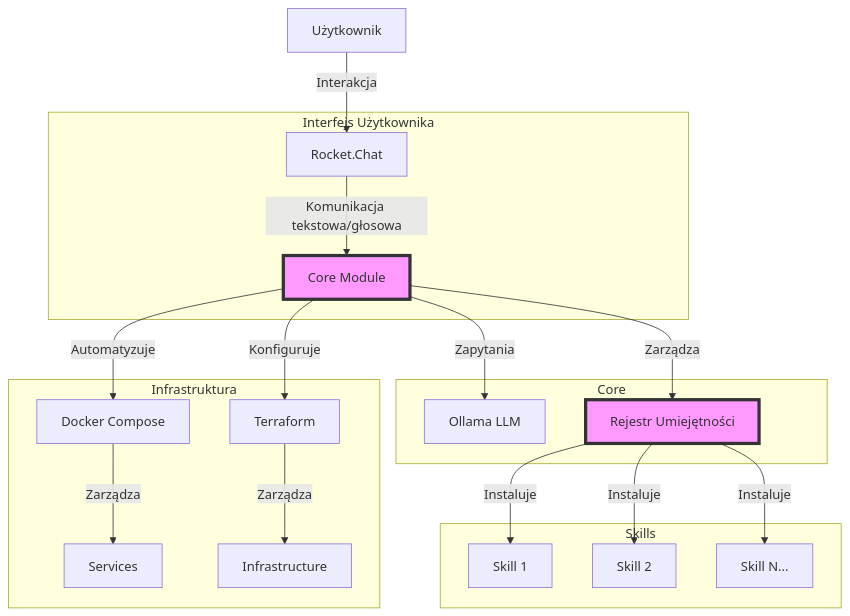
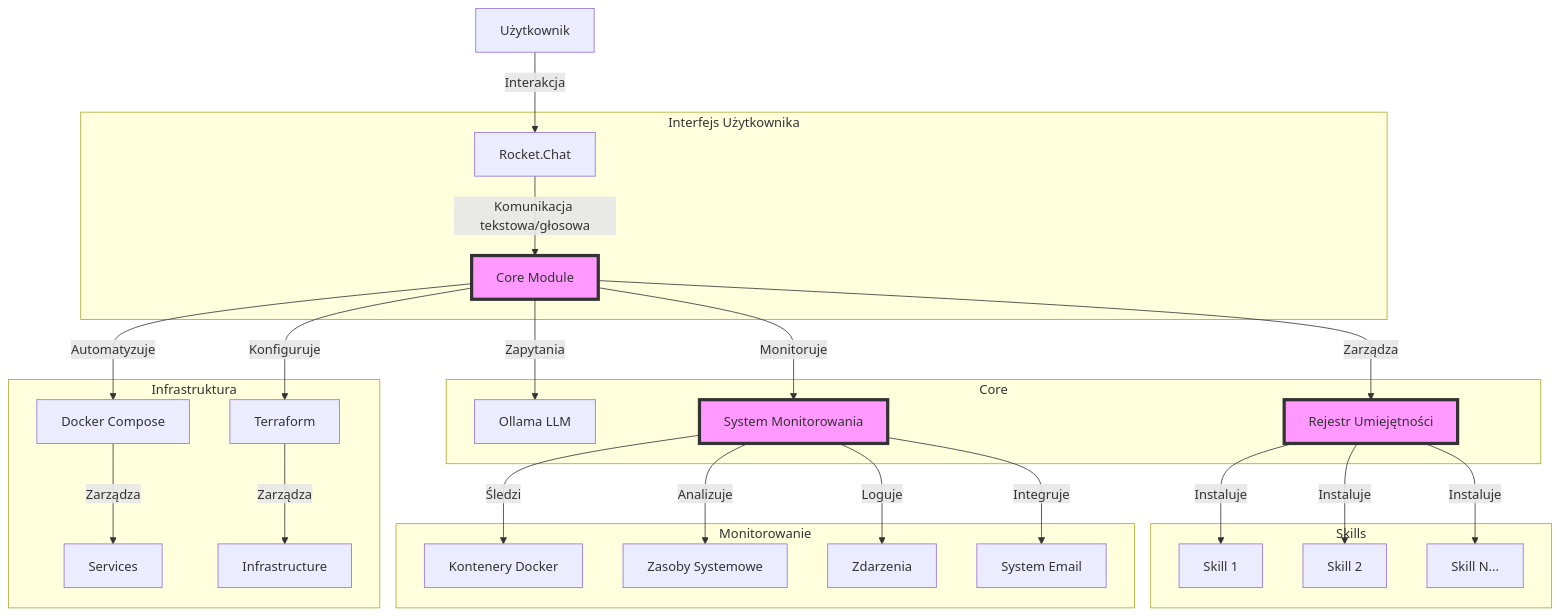
Before and after one commit to tom-sapletta-com/autodev: the first of 4 diagrams in documentation.md, drawn with Mermaid. The commit also changed other lines of this file and 4 other files, not shown here.

````diff
--- a/documentation.md
+++ b/documentation.md
@@ -10,25 +10,32 @@
 ```mermaid
 graph TD
     User[Użytkownik] -->|Interakcja| Interface
     subgraph "Interfejs Użytkownika"
         Interface[Rocket.Chat] -->|Komunikacja tekstowa/głosowa| CoreModule
     end
     subgraph "Core"
         CoreModule[Core Module] -->|Zapytania| LLM[Ollama LLM]
         CoreModule -->|Zarządza| SkillRegistry
+        CoreModule -->|Monitoruje| MonitorSystem[System Monitorowania]
     end
     subgraph "Skills"
         SkillRegistry[Rejestr Umiejętności] -->|Instaluje| Skill1[Skill 1]
         SkillRegistry -->|Instaluje| Skill2[Skill 2]
         SkillRegistry -->|Instaluje| SkillN[Skill N...]
     end
     subgraph "Infrastruktura"
         Docker[Docker Compose] -->|Zarządza| Services
         Terraform --> |Zarządza| Infrastructure
     end
+    subgraph "Monitorowanie"
+        MonitorSystem -->|Śledzi| DockerContainers[Kontenery Docker]
+        MonitorSystem -->|Analizuje| SystemResources[Zasoby Systemowe]
+        MonitorSystem -->|Loguje| Events[Zdarzenia]
+        MonitorSystem -->|Integruje| EmailSystem[System Email]
+    end
     CoreModule -->|Automatyzuje| Docker
     CoreModule -->|Konfiguruje| Terraform
     
-    class CoreModule,SkillRegistry highlight
+    class CoreModule,SkillRegistry,MonitorSystem highlight
     classDef highlight fill:#f9f,stroke:#333,stroke-width:4px
 ```
````
